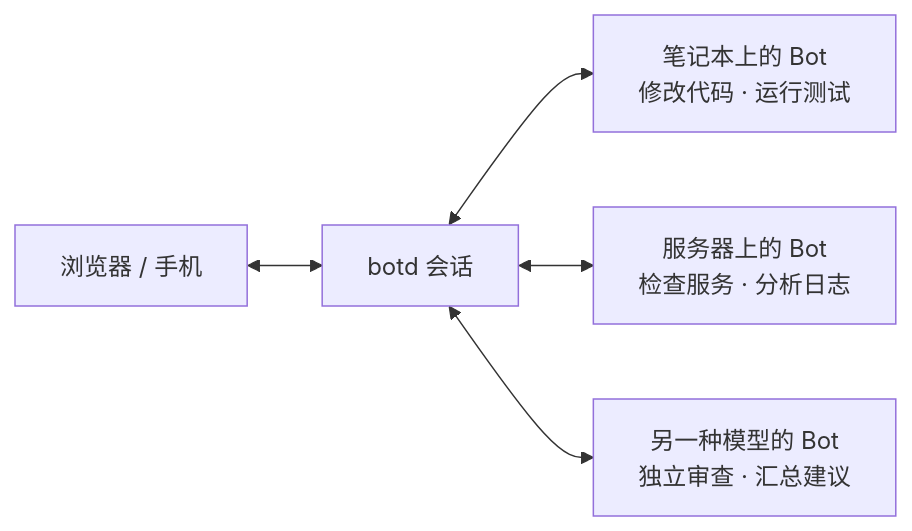
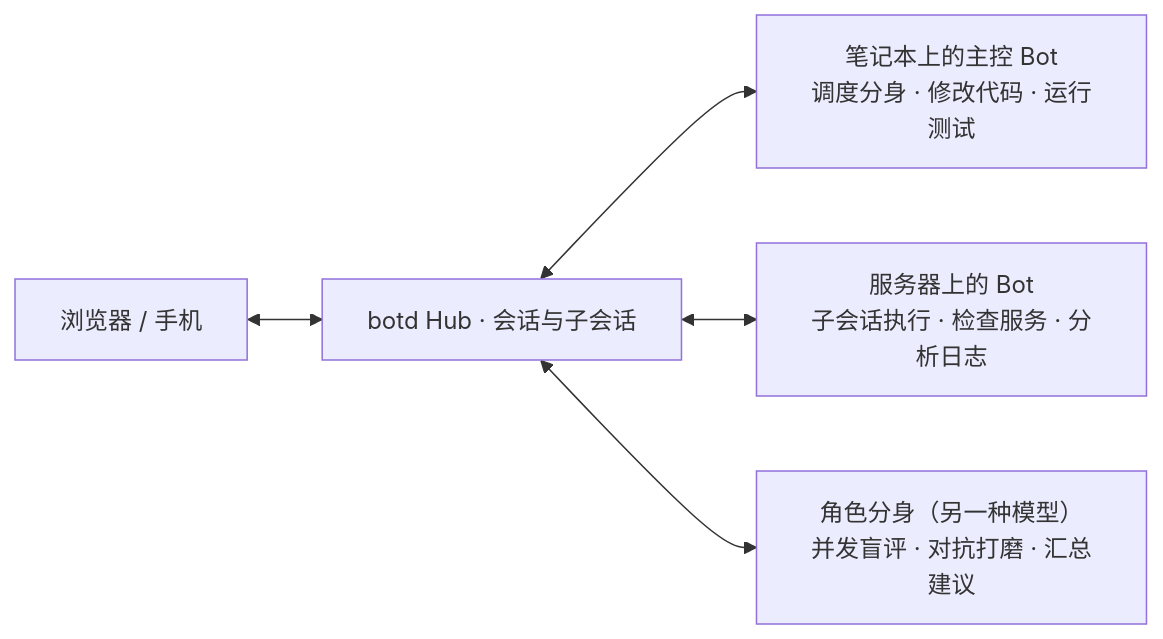
Before and after one commit to team4u/botd: the diagram in README.md, drawn with Mermaid. The commit also changed other lines of this file and 9 other files, not shown here.

````diff
--- a/README.md
+++ b/README.md
@@ -35,7 +35,7 @@
 ```mermaid
 flowchart LR
-    U["浏览器 / 手机"] <--> H["botd 会话"]
-    H <--> A["笔记本上的 Bot<br/>修改代码 · 运行测试"]
-    H <--> B["服务器上的 Bot<br/>检查服务 · 分析日志"]
-    H <--> C["另一种模型的 Bot<br/>独立审查 · 汇总建议"]
+    U["浏览器 / 手机"] <--> H["botd Hub · 会话与子会话"]
+    H <--> A["笔记本上的主控 Bot<br/>调度分身 · 修改代码 · 运行测试"]
+    H <--> B["服务器上的 Bot<br/>子会话执行 · 检查服务 · 分析日志"]
+    H <--> C["角色分身（另一种模型）<br/>并发盲评 · 对抗打磨 · 汇总建议"]
 ```
````
